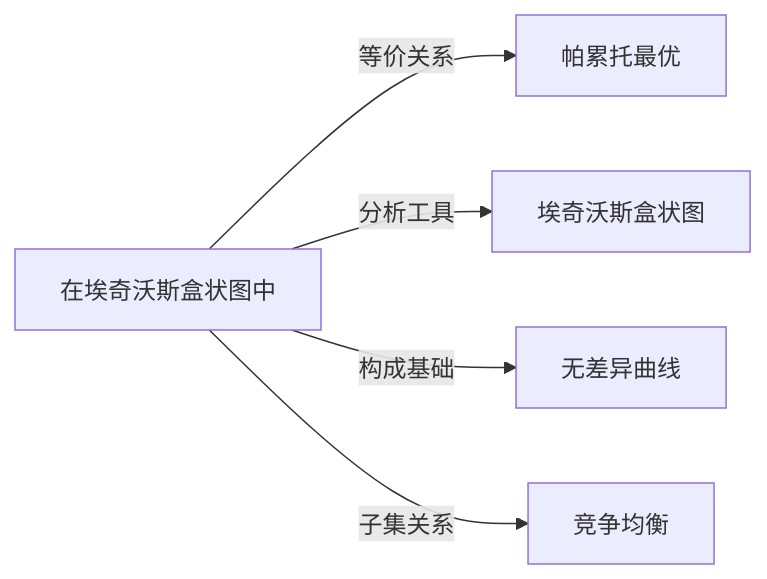
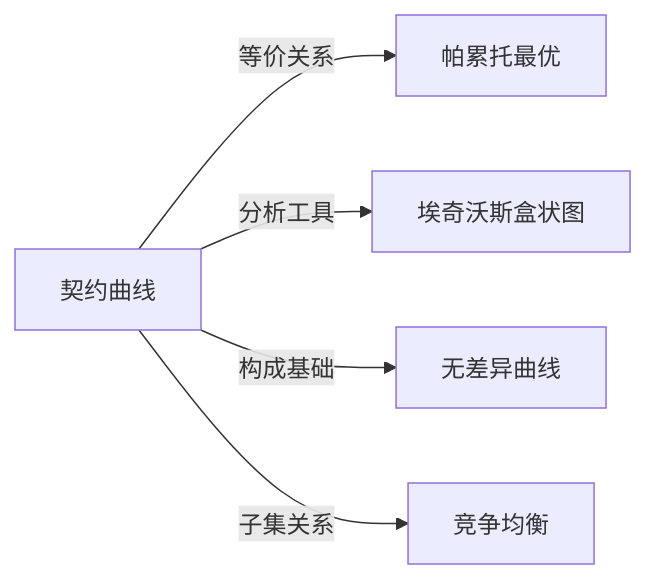
Before and after one commit to KIMMCHOW/MyKnowledge: the diagram in Knowledge/Concepts/经济/契约曲线.md, drawn with Mermaid. The commit also changed 96 other files, not shown here.

Commit message:
fix: 修复概念页关系图节点并补齐缺失关联

````diff
--- a/Knowledge/Concepts/经济/契约曲线.md
+++ b/Knowledge/Concepts/经济/契约曲线.md
@@ -44,7 +44,7 @@
 ```mermaid
 graph LR
-    在埃奇沃斯盒状图中 -->|等价关系| 帕累托最优
-    在埃奇沃斯盒状图中 -->|分析工具| 埃奇沃斯盒状图
-    在埃奇沃斯盒状图中 -->|构成基础| 无差异曲线
-    在埃奇沃斯盒状图中 -->|子集关系| 竞争均衡
+契约曲线 -->|等价关系| 帕累托最优
+契约曲线 -->|分析工具| 埃奇沃斯盒状图
+契约曲线 -->|构成基础| 无差异曲线
+契约曲线 -->|子集关系| 竞争均衡
 ```
````
